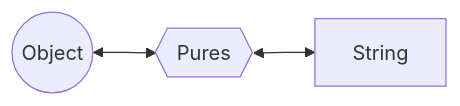
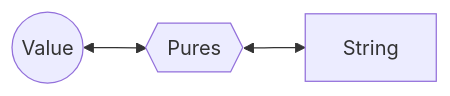
The diagram in README.md (Leawind/seriall), drawn with Mermaid before and after one commit. The commit also changed other lines of this file, not shown here.

````diff
--- a/README.md
+++ b/README.md
@@ -5,8 +5,8 @@
 ```mermaid
 flowchart LR
-	obj((Object))
+	val((Value))
 	pures{{Pures}}
-	json[String]
+	str[String]
 
-	obj <--> pures <--> json;
+	val <--> pures <--> str;
 ```
````
